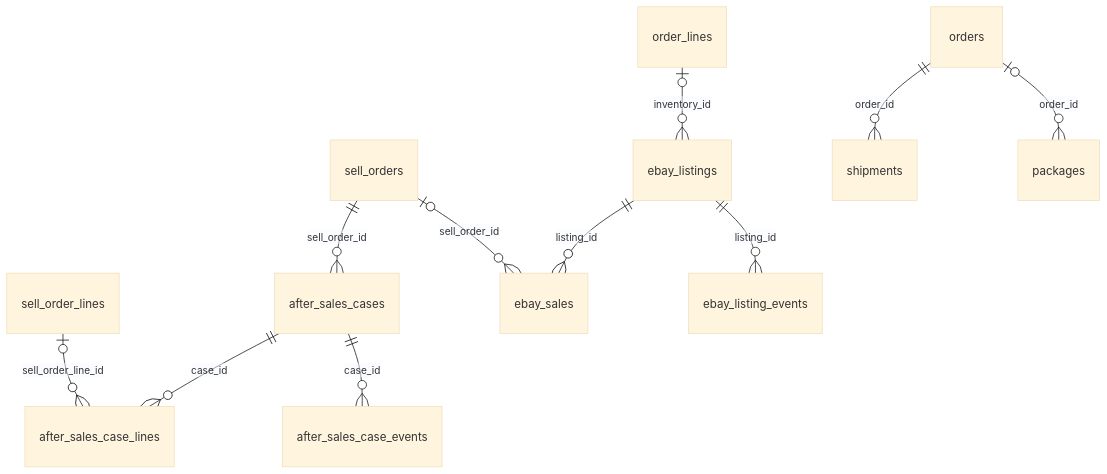
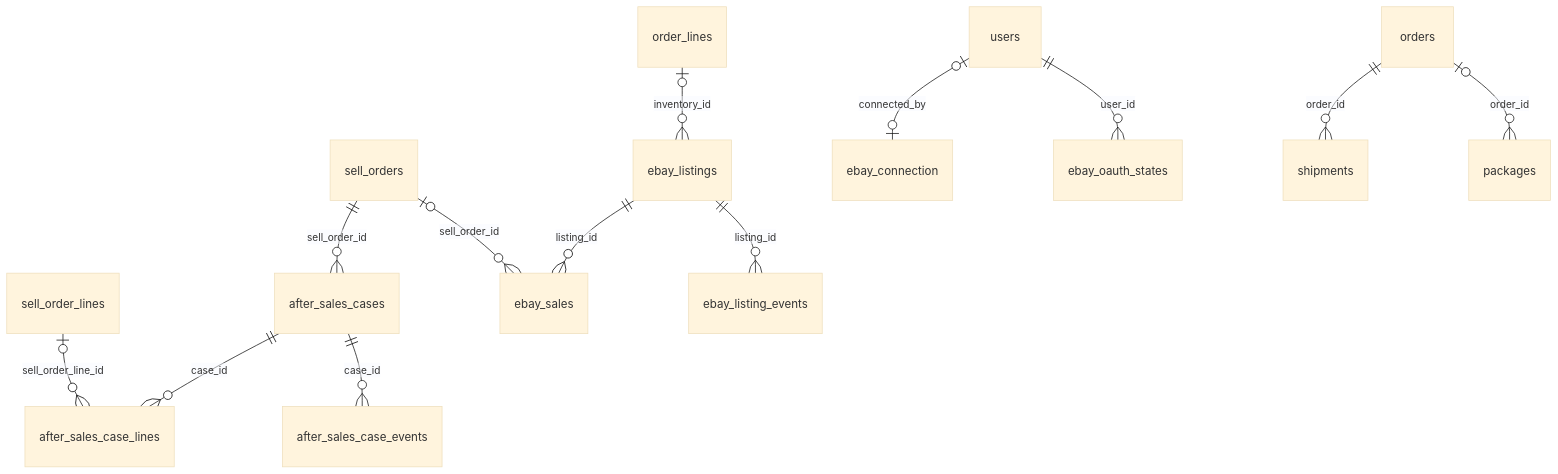
Before and after one commit to JinhuW/recycle_servres_erp: the sixth of 12 diagrams in docs/DATABASE.md, drawn with Mermaid (base theme). The commit also changed other lines of this file and 11 other files, not shown here.

````diff
--- a/docs/DATABASE.md
+++ b/docs/DATABASE.md
@@ -1390,13 +1390,15 @@
 ```mermaid
 erDiagram
   sell_orders ||--o{ after_sales_cases : "sell_order_id"
   after_sales_cases ||--o{ after_sales_case_lines : "case_id"
   sell_order_lines |o--o{ after_sales_case_lines : "sell_order_line_id"
   after_sales_cases ||--o{ after_sales_case_events : "case_id"
   order_lines |o--o{ ebay_listings : "inventory_id"
   ebay_listings ||--o{ ebay_sales : "listing_id"
   sell_orders |o--o{ ebay_sales : "sell_order_id"
   ebay_listings ||--o{ ebay_listing_events : "listing_id"
+  users |o--o| ebay_connection : "connected_by"
+  users ||--o{ ebay_oauth_states : "user_id"
   orders ||--o{ shipments : "order_id"
   orders |o--o{ packages : "order_id"
 ```
````
